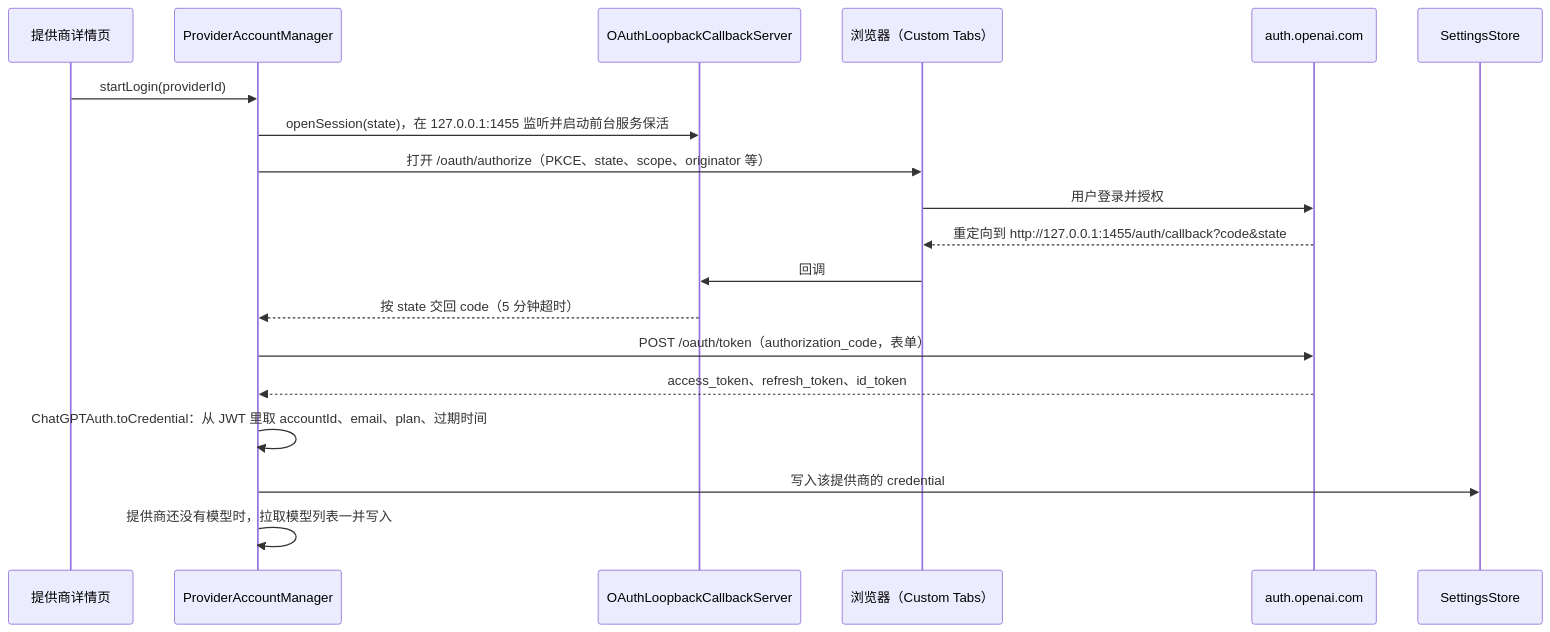
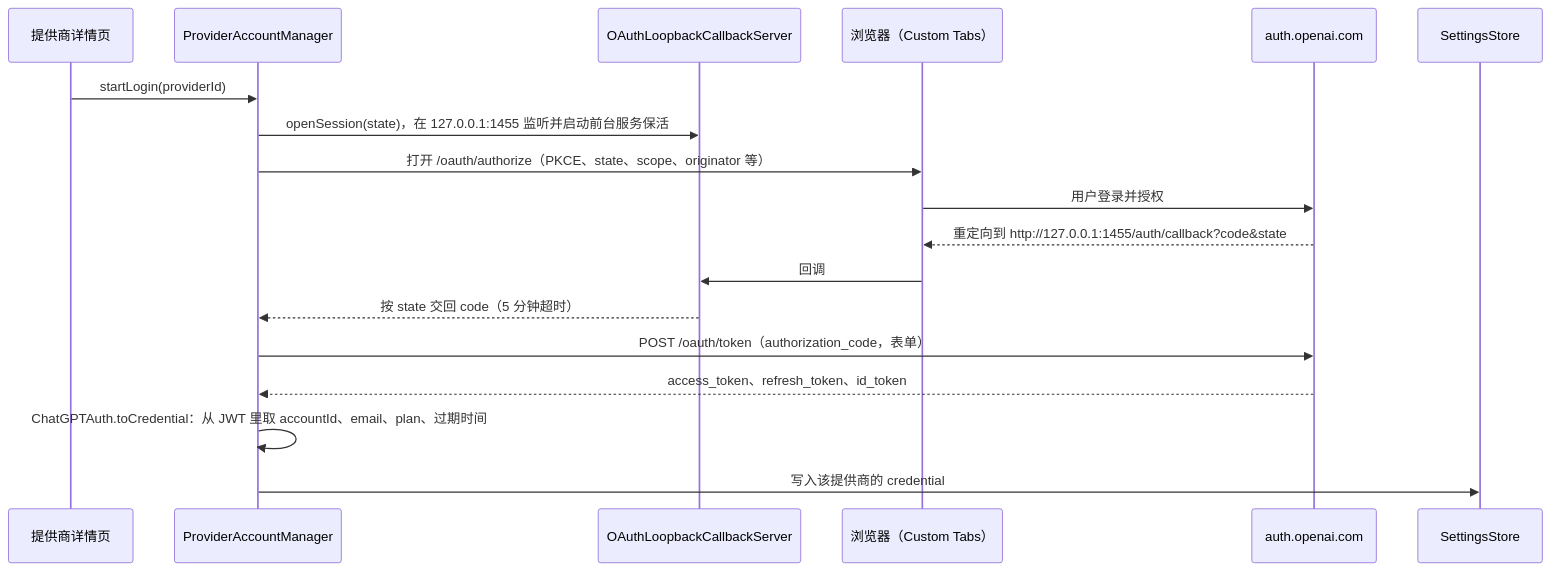
Before and after one commit to rikkahub/rikkahub: the first of 3 diagrams in ai/README.md, drawn with Mermaid. The commit also changed other lines of this file and 28 other files, not shown here.

````diff
--- a/ai/README.md
+++ b/ai/README.md
@@ -74,22 +74,21 @@
 ```mermaid
 sequenceDiagram
     participant UI as 提供商详情页
     participant M as ProviderAccountManager
     participant S as OAuthLoopbackCallbackServer
     participant B as 浏览器（Custom Tabs）
     participant A as auth.openai.com
     participant DS as SettingsStore
 
     UI->>M: startLogin(providerId)
     M->>S: openSession(state)，在 127.0.0.1:1455 监听并启动前台服务保活
     M->>B: 打开 /oauth/authorize（PKCE、state、scope、originator 等）
     B->>A: 用户登录并授权
     A-->>B: 重定向到 http://127.0.0.1:1455/auth/callback?code&state
     B->>S: 回调
     S-->>M: 按 state 交回 code（5 分钟超时）
     M->>A: POST /oauth/token（authorization_code，表单）
     A-->>M: access_token、refresh_token、id_token
     M->>M: ChatGPTAuth.toCredential：从 JWT 里取 accountId、email、plan、过期时间
     M->>DS: 写入该提供商的 credential
-    M->>M: 提供商还没有模型时，拉取模型列表一并写入
 ```
````
